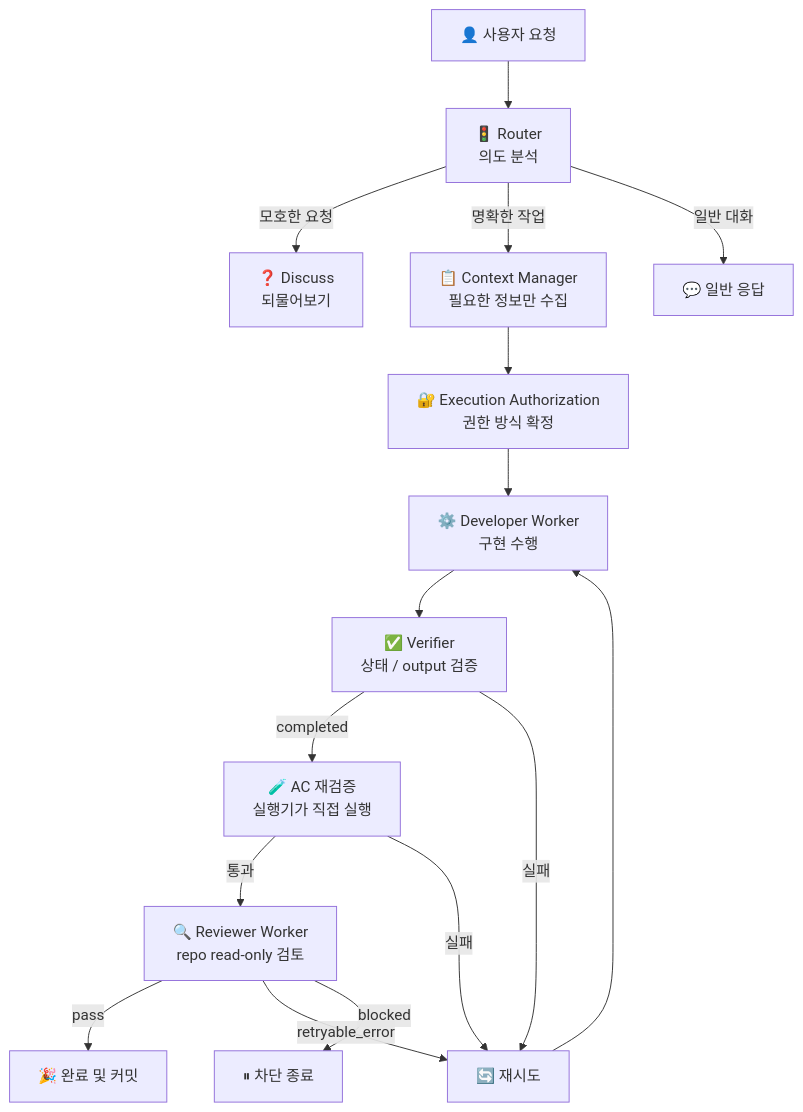
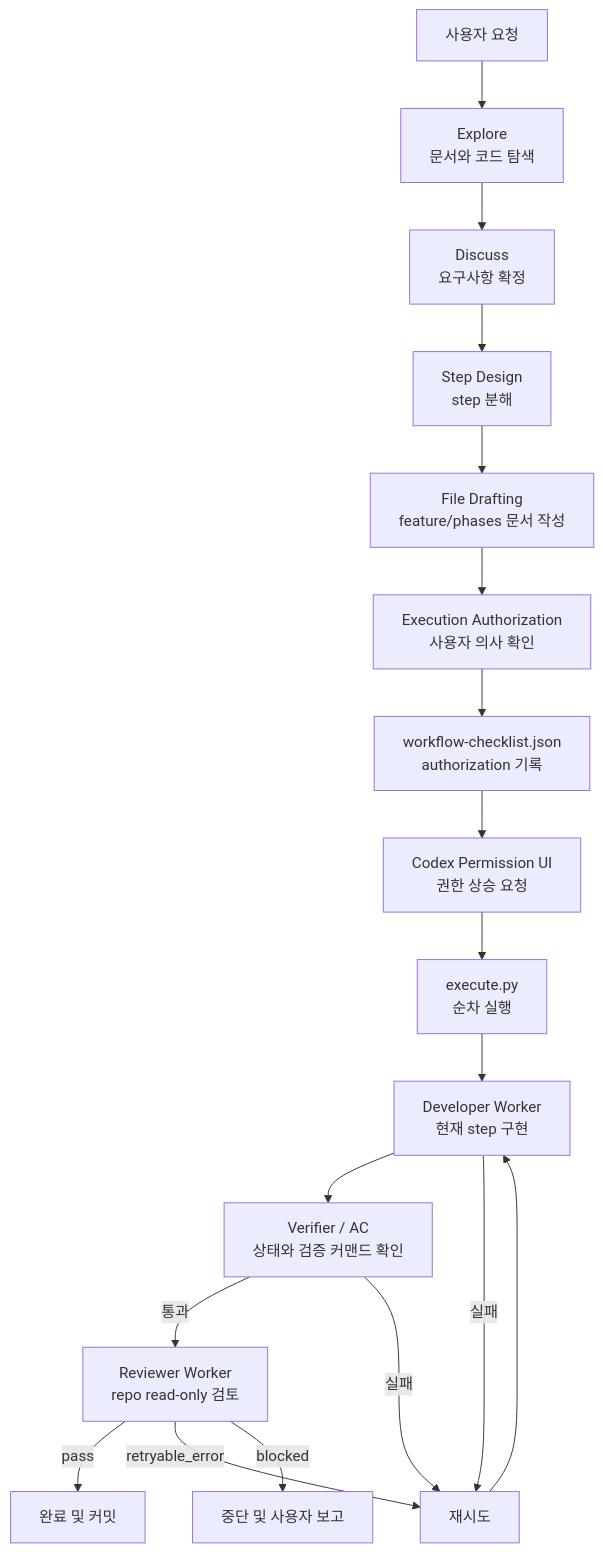
One commit to KimYeonWook511/commerce-backend changed the diagram in docs/skills/dev-start.md. Above: the diagram before and after it, drawn with Mermaid. The commit also changed other lines of this file and 10 other files, not shown here.

````diff
--- a/docs/skills/dev-start.md
+++ b/docs/skills/dev-start.md
@@ -9,18 +9,20 @@
 ```mermaid
 flowchart TD
-    A["👤 사용자 요청"] --> B["🚦 Router<br>의도 분석"]
-    B -->|모호한 요청| C["❓ Discuss<br>되물어보기"]
-    B -->|명확한 작업| D["📋 Context Manager<br>필요한 정보만 수집"]
-    B -->|일반 대화| E["💬 일반 응답"]
-    D --> M["🔐 Execution Authorization<br>권한 방식 확정"]
-    M --> F["⚙️ Developer Worker<br>구현 수행"]
-    F --> G["✅ Verifier<br>상태 / output 검증"]
-    G -->|completed| H["🧪 AC 재검증<br>실행기가 직접 실행"]
-    H -->|통과| I["🔍 Reviewer Worker<br>repo read-only 검토"]
-    H -->|실패| J["🔄 재시도"]
+    A["사용자 요청"] --> B["Explore<br>문서와 코드 탐색"]
+    B --> C["Discuss<br>요구사항 확정"]
+    C --> D["Step Design<br>step 분해"]
+    D --> E["File Drafting<br>feature/phases 문서 작성"]
+    E --> M["Execution Authorization<br>사용자 의사 확인"]
+    M --> N["workflow-checklist.json<br>authorization 기록"]
+    N --> O["Codex Permission UI<br>권한 상승 요청"]
+    O --> F["execute.py<br>순차 실행"]
+    F --> G["Developer Worker<br>현재 step 구현"]
+    G --> H["Verifier / AC<br>상태와 검증 커맨드 확인"]
+    H -->|통과| I["Reviewer Worker<br>repo read-only 검토"]
+    H -->|실패| J["재시도"]
     G -->|실패| J
-    I -->|pass| K["🎉 완료 및 커밋"]
+    I -->|pass| K["완료 및 커밋"]
     I -->|retryable_error| J
-    I -->|blocked| L["⏸ 차단 종료"]
-    J --> F
+    I -->|blocked| L["중단 및 사용자 보고"]
+    J --> G
 ```
````
